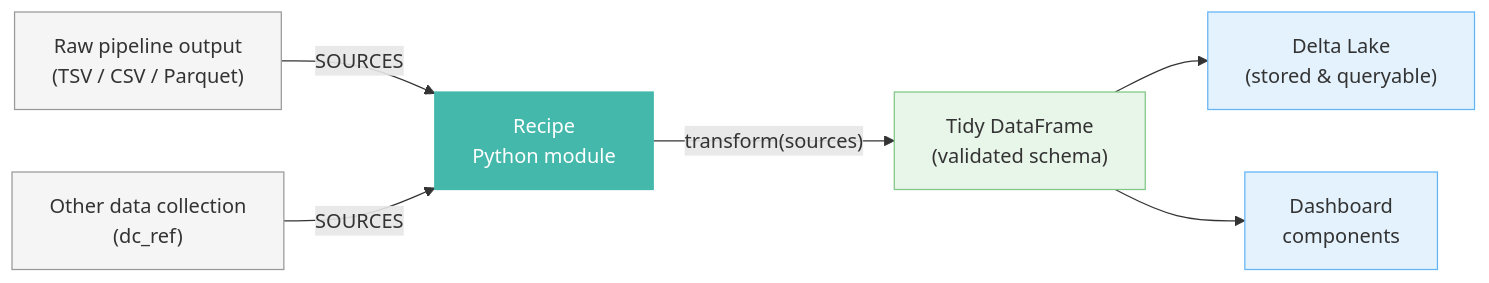
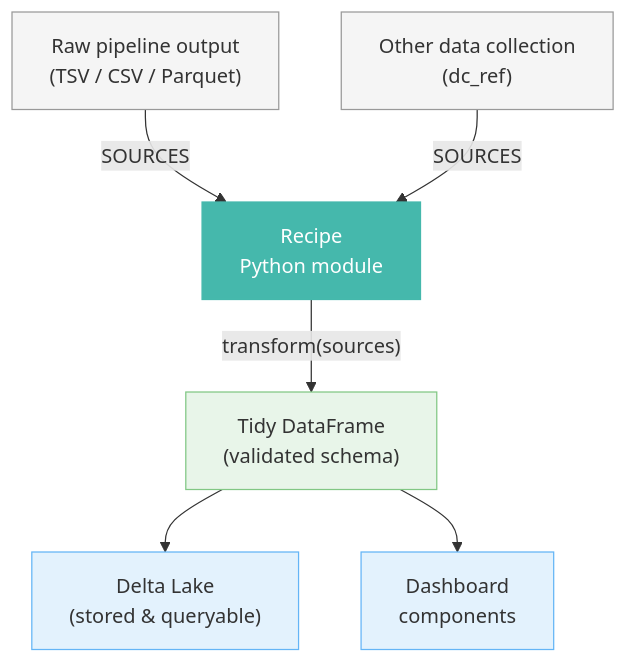
Before and after one commit to depictio/depictio-docs: the diagram in docs/usage/projects/recipes.md, drawn with Mermaid.

Commit message:
Switch recipes diagram to vertical (TD) layout

````diff
--- a/docs/usage/projects/recipes.md
+++ b/docs/usage/projects/recipes.md
@@ -5,15 +5,15 @@
 ```mermaid
-flowchart LR
-    A["Raw pipeline output\n(TSV / CSV / Parquet)"] -->|SOURCES| B["Recipe\nPython module"]
+flowchart TD
+    A["Raw pipeline output\n(TSV / CSV / Parquet)"] -->|SOURCES| B
     C["Other data collection\n(dc_ref)"] -->|SOURCES| B
-    B -->|"transform(sources)"| D["Tidy DataFrame\n(validated schema)"]
+    B["Recipe\nPython module"] -->|"transform(sources)"| D["Tidy DataFrame\n(validated schema)"]
     D --> E["Delta Lake\n(stored & queryable)"]
     D --> F["Dashboard\ncomponents"]
 
     style A fill:#f5f5f5,stroke:#999
     style C fill:#f5f5f5,stroke:#999
     style B fill:#45B8AC,color:#fff,stroke:#45B8AC
     style D fill:#e8f5e9,stroke:#81c784
     style E fill:#e3f2fd,stroke:#64b5f6
     style F fill:#e3f2fd,stroke:#64b5f6
 ```
````
